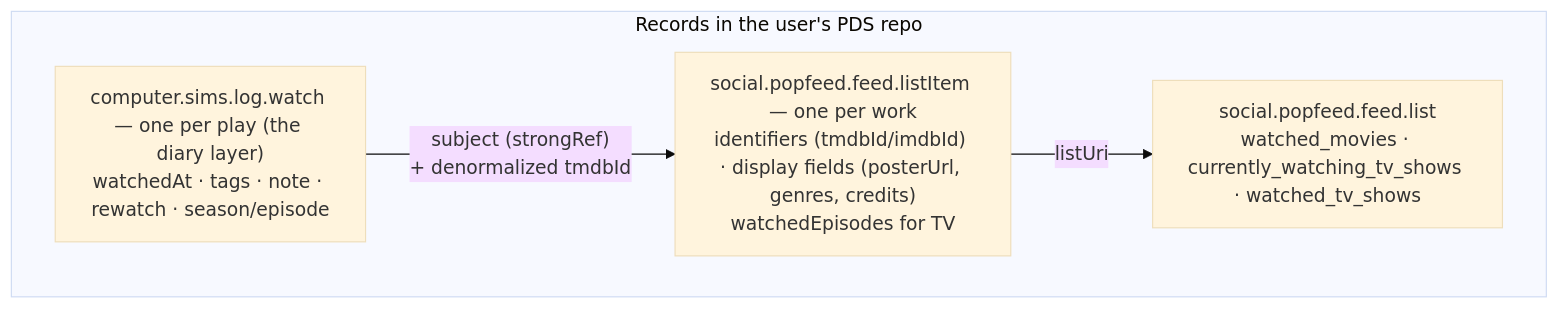
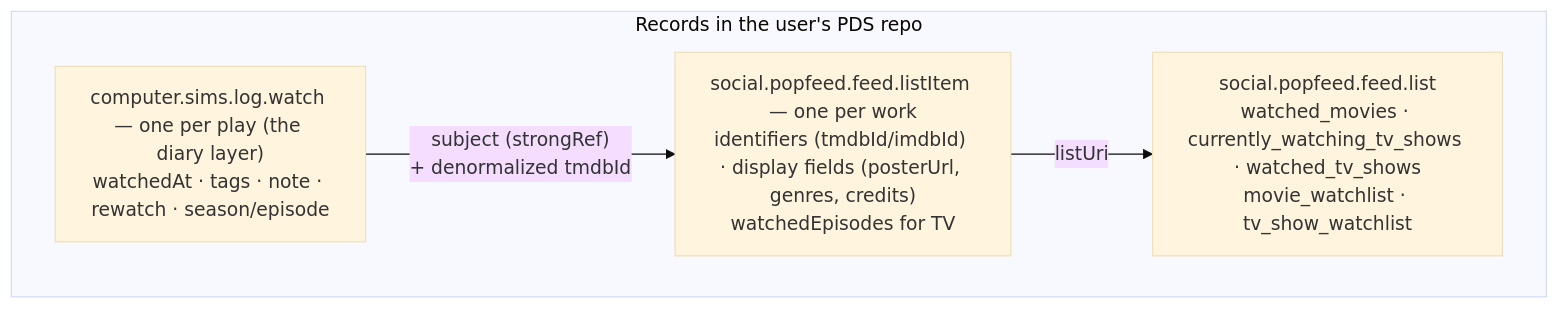
One commit to simsinght/log.sims.computer changed the diagram in docs/records.md. Above: the diagram before and after it, drawn with Mermaid (base theme). The commit also changed other lines of this file and 2 other files, not shown here.

Commit message:
watchlist: docs (tv_show_watchlist decision) + Trakt importer watchlist mapping

````diff
--- a/docs/records.md
+++ b/docs/records.md
@@ -5,10 +5,10 @@
 ```mermaid
 flowchart TB
   subgraph repo ["Records in the user's PDS repo"]
-    LIST["social.popfeed.feed.list<br/>watched_movies · currently_watching_tv_shows · watched_tv_shows"]
+    LIST["social.popfeed.feed.list<br/>watched_movies · currently_watching_tv_shows · watched_tv_shows<br/>movie_watchlist · tv_show_watchlist"]
     ITEM["social.popfeed.feed.listItem — one per work<br/>identifiers (tmdbId/imdbId) · display fields (posterUrl, genres, credits)<br/>watchedEpisodes for TV"]
     WATCH["computer.sims.log.watch — one per play (the diary layer)<br/>watchedAt · tags · note · rewatch · season/episode"]
   end
   ITEM -->|listUri| LIST
   WATCH -->|"subject (strongRef)<br/>+ denormalized tmdbId"| ITEM
 ```
````
